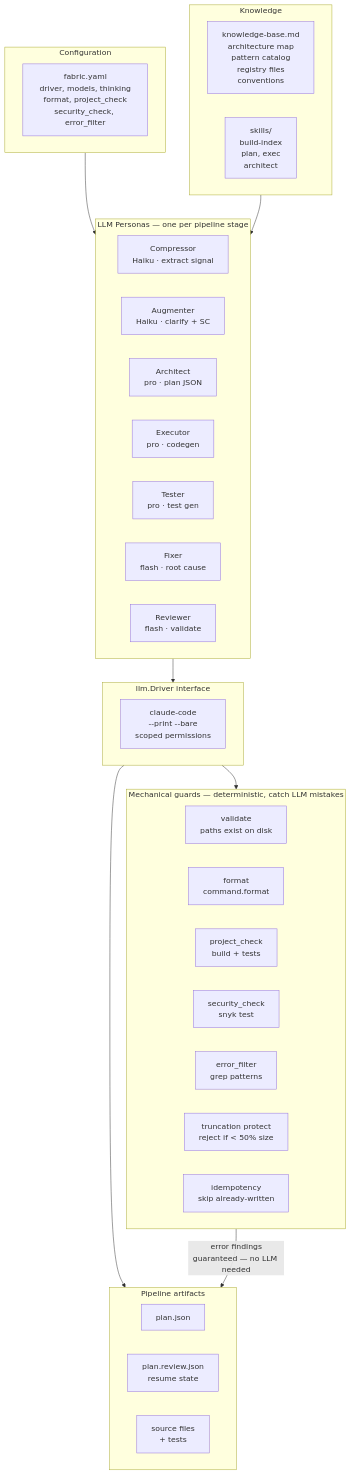
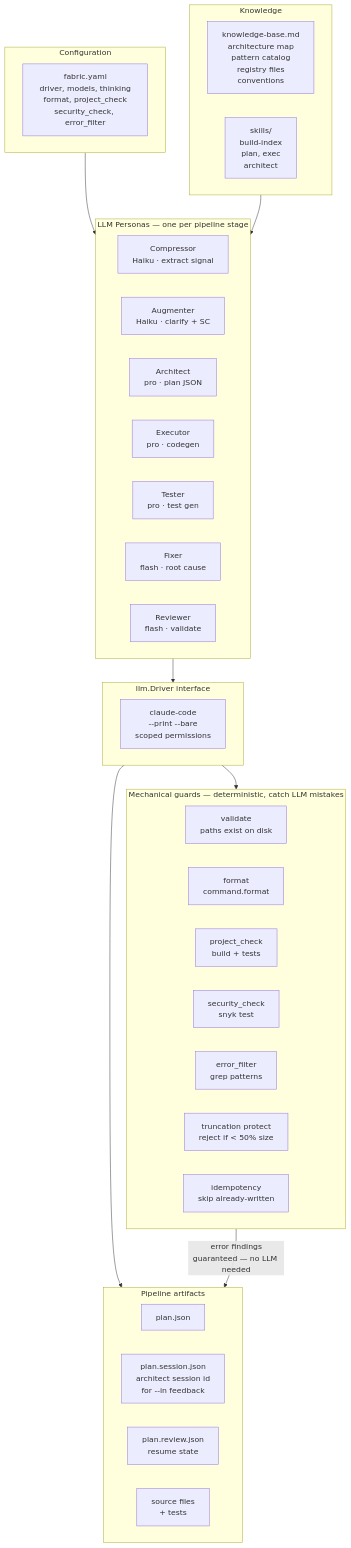
Before and after one commit to vitorcvargas-code/fabric: the first of 3 diagrams in README.md, drawn with Mermaid. The commit also changed other lines of this file and 7 other files, not shown here.

First line of the commit message:
feat(plan): revise a plan from feedback without re-planning

````diff
--- a/README.md
+++ b/README.md
@@ -178,53 +186,54 @@
 ```mermaid
 graph TB
     subgraph Config["Configuration"]
         FY["fabric.yaml<br/>driver, models, thinking<br/>format, project_check<br/>security_check, error_filter"]
     end
 
     subgraph Knowledge["Knowledge"]
         KB["knowledge-base.md<br/>architecture map<br/>pattern catalog<br/>registry files<br/>conventions"]
         SI["skills/<br/>build-index<br/>plan, exec<br/>architect"]
     end
 
     Config --> Personas
     Knowledge --> Personas
 
     subgraph Personas["LLM Personas — one per pipeline stage"]
         direction LR
         CO["Compressor<br/>Haiku · extract signal"]
         AU["Augmenter<br/>Haiku · clarify + SC"]
         AR["Architect<br/>pro · plan JSON"]
         EX["Executor<br/>pro · codegen"]
         TE["Tester<br/>pro · test gen"]
         FI["Fixer<br/>flash · root cause"]
         RV["Reviewer<br/>flash · validate"]
     end
 
     Personas --> Driver
 
     subgraph Driver["llm.Driver interface"]
         CC["claude-code<br/>--print --bare<br/>scoped permissions"]
     end
 
     Driver --> Artifacts
     Driver --> Mechanical
 
     subgraph Artifacts["Pipeline artifacts"]
         PJ["plan.json"]
+        PSJ["plan.session.json<br/>architect session id<br/>for --in feedback"]
         PRJ["plan.review.json<br/>resume state"]
         CODE["source files<br/>+ tests"]
     end
 
     subgraph Mechanical["Mechanical guards — deterministic, catch LLM mistakes"]
         direction LR
         VA["validate<br/>paths exist on disk"]
         FMT["format<br/>command.format"]
         PC["project_check<br/>build + tests"]
         SC2["security_check<br/>snyk test"]
         EF["error_filter<br/>grep patterns"]
         TP["truncation protect<br/>reject if < 50% size"]
         ID["idempotency<br/>skip already-written"]
     end
 
     Mechanical -->|"error findings<br/>guaranteed — no LLM needed"| Artifacts
 ```
````
